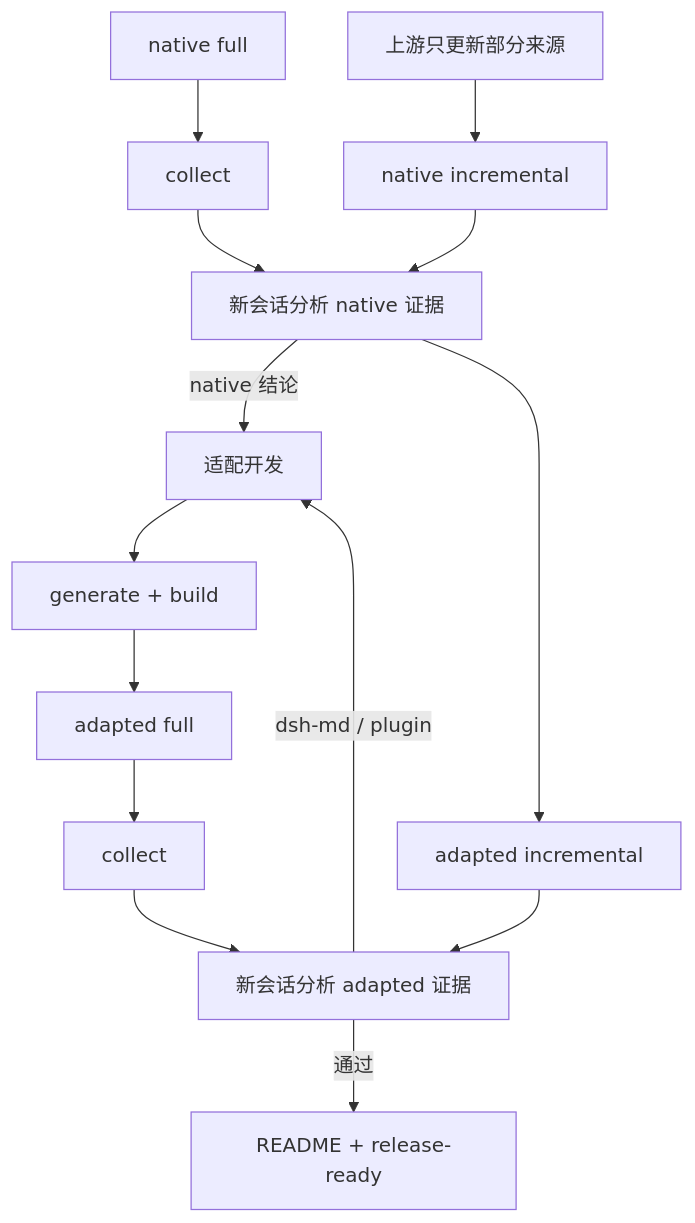
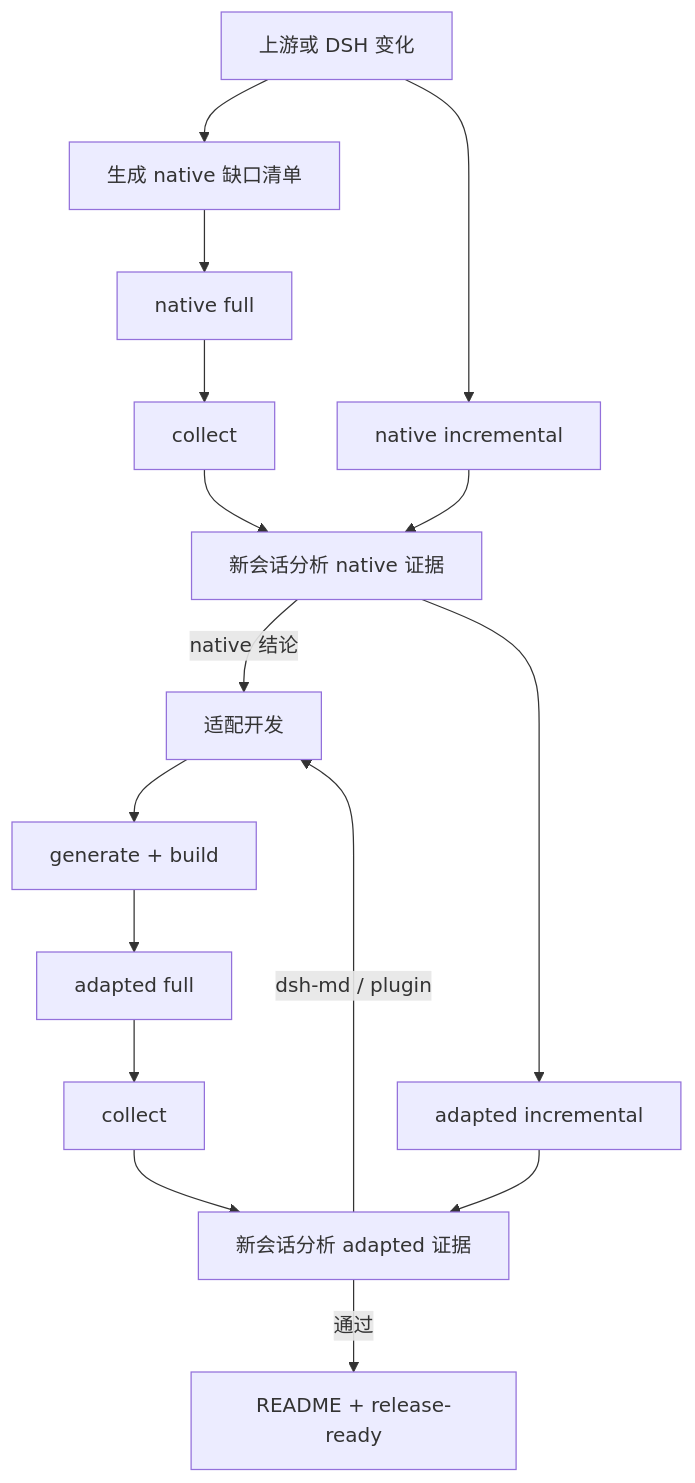
The diagram in playground/docs/workflow.md (l246804/dsh-pstack), drawn with Mermaid before and after one commit. The commit also changed other lines of this file and 8 other files, not shown here.

Commit message:
refactor(playground): add the native gap list and treatment-neutral scenario rules

````diff
--- a/playground/docs/workflow.md
+++ b/playground/docs/workflow.md
@@ -36,16 +40,18 @@
 ```mermaid
 flowchart TD
-  nativeFull[native full] --> collectNative[collect]
+  upstream[上游或 DSH 变化] --> gapList[生成 native 缺口清单]
+  gapList --> nativeFull[native full]
+  nativeFull --> collectNative[collect]
   collectNative --> analyzeNative[新会话分析 native 证据]
   analyzeNative -->|native 结论| portChange[适配开发]
   portChange --> build[generate + build]
   build --> adaptedFull[adapted full]
   adaptedFull --> collectAdapted[collect]
   collectAdapted --> analyzeAdapted[新会话分析 adapted 证据]
   analyzeAdapted -->|dsh-md / plugin| portChange
   analyzeAdapted -->|通过| release[README + release-ready]
-  upstream[上游只更新部分来源] --> nativeDelta[native incremental]
+  upstream --> nativeDelta[native incremental]
   nativeDelta --> analyzeNative
   analyzeNative --> adaptedDelta[adapted incremental]
   adaptedDelta --> analyzeAdapted
 ```
````
